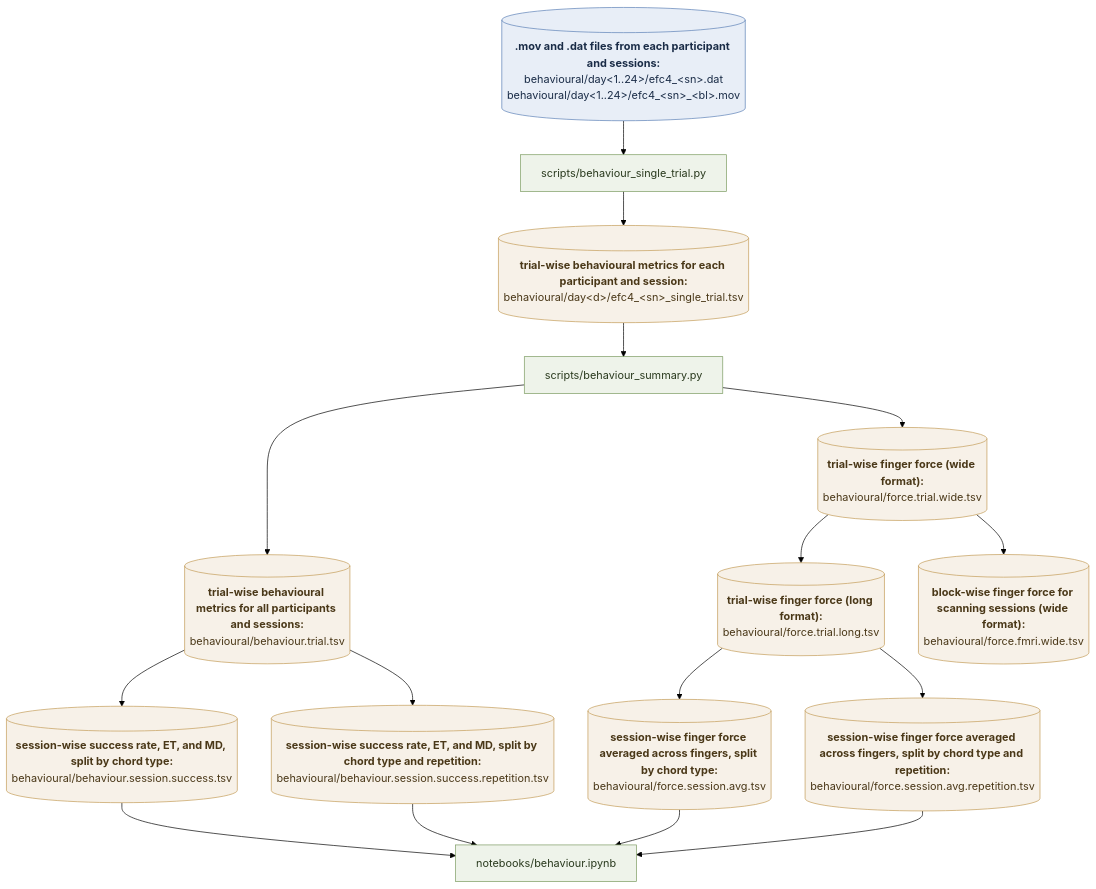
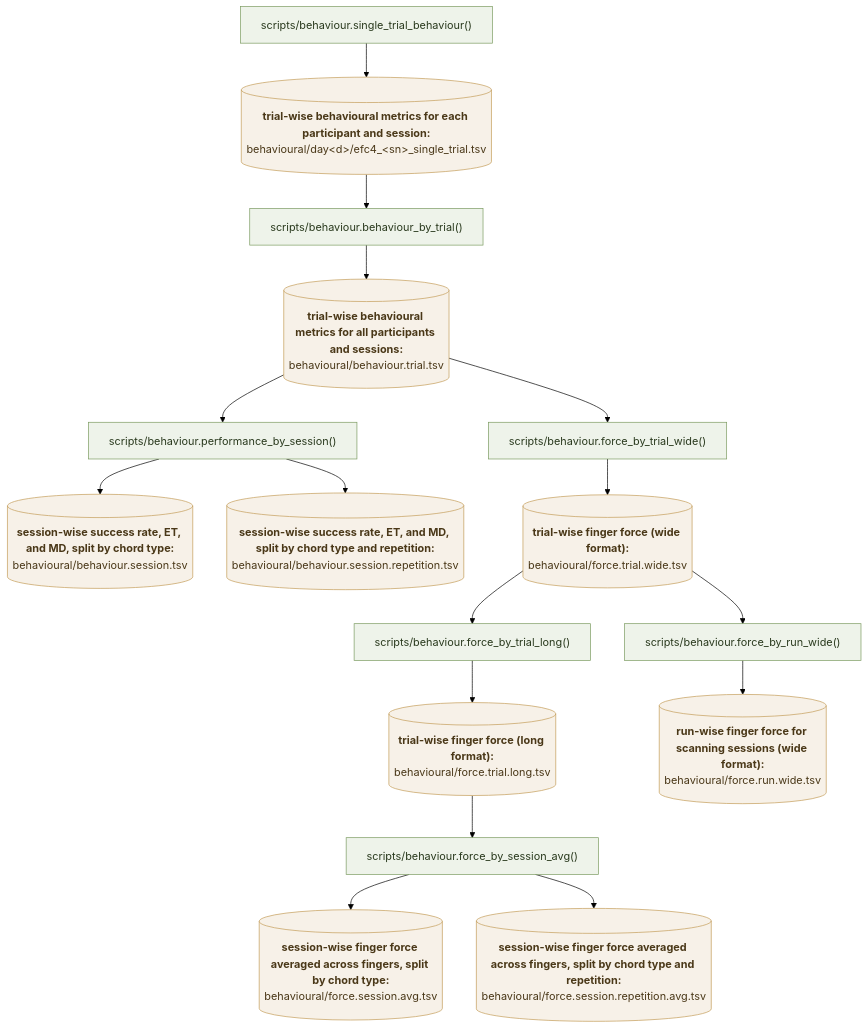
Before and after one commit to mnlmrc/extension-flexion-chords: the diagram in README.md, drawn with Mermaid (forest theme). The commit also changed other lines of this file and 6 other files, not shown here.

````diff
--- a/README.md
+++ b/README.md
@@ -18,54 +18,48 @@
 ```mermaid
 flowchart TD
-    %% ---------- raw ----------
-    RAW_BEHAV[("<b>.mov and .dat files from each participant and sessions:</b><br/>behavioural/day&lt;1..24&gt;/efc4_&lt;sn&gt;.dat<br/>behavioural/day&lt;1..24&gt;/efc4_&lt;sn&gt;_&lt;bl&gt;.mov")]:::input
-
     %% ---------- single trial ----------
-    ST["scripts/behaviour_single_trial.py"]:::code
+    ST["scripts/behaviour.single_trial_behaviour()"]:::code
     STTSV[("<b>trial-wise behavioural metrics for each participant and session:</b><br/>behavioural/day&lt;d&gt;/efc4_&lt;sn&gt;_single_trial.tsv")]:::data
 
-    RAW_BEHAV --> ST
     ST --> STTSV
 
     %% ---------- summary ----------
-    SUM["scripts/behaviour_summary.py"]:::code
-    STTSV --> SUM
+    F_TRIAL["scripts/behaviour.behaviour_by_trial()"]:::code
+    F_SESS["scripts/behaviour.performance_by_session()"]:::code
+    F_FWIDE["scripts/behaviour.force_by_trial_wide()"]:::code
+    F_FRUN["scripts/behaviour.force_by_run_wide()"]:::code
+    F_FLONG["scripts/behaviour.force_by_trial_long()"]:::code
+    F_FSESS["scripts/behaviour.force_by_session_avg()"]:::code
 
     TRIAL[("<b>trial-wise behavioural metrics for all participants and sessions:</b><br/>behavioural/behaviour.trial.tsv")]:::data
     
-    PERF[("<b>session-wise success rate, ET, and MD, split by chord type:</b><br/>behavioural/behaviour.session.success.tsv")]:::data
-    PERF_REP[("<b>session-wise success rate, ET, and MD, split by chord type and repetition:</b><br/>behavioural/behaviour.session.success.repetition.tsv")]:::data
+    PERF[("<b>session-wise success rate, ET, and MD, split by chord type:</b><br/>behavioural/behaviour.session.tsv")]:::data
+    PERF_REP[("<b>session-wise success rate, ET, and MD, split by chord type and repetition:</b><br/>behavioural/behaviour.session.repetition.tsv")]:::data
     
     FWIDE[("<b>trial-wise finger force (wide format):</b><br/>behavioural/force.trial.wide.tsv")]:::data
     FLONG[("<b>trial-wise finger force (long format):</b><br/>behavioural/force.trial.long.tsv")]:::data
     FSESS[("<b>session-wise finger force averaged across fingers, split by chord type:</b><br/>behavioural/force.session.avg.tsv")]:::data
-    FSESS_REP[("<b>session-wise finger force averaged across fingers, split by chord type and repetition:</b><br/>behavioural/force.session.avg.repetition.tsv")]:::data
-    FFMRI[("<b>block-wise finger force for scanning sessions (wide format):</b><br/>behavioural/force.fmri.wide.tsv")]:::data
+    FSESS_REP[("<b>session-wise finger force averaged across fingers, split by chord type and repetition:</b><br/>behavioural/force.session.repetition.avg.tsv")]:::data
+    FFMRI[("<b>run-wise finger force for scanning sessions (wide format):</b><br/>behavioural/force.run.wide.tsv")]:::data
 
     %% performance
-    SUM --> TRIAL
-    TRIAL --> PERF
-    TRIAL --> PERF_REP
+    STTSV --> F_TRIAL
+    F_TRIAL --> TRIAL
+    TRIAL --> F_SESS
+    F_SESS --> PERF
+    F_SESS --> PERF_REP
 
     %% force
-    SUM --> FWIDE
-    FWIDE --> FFMRI
-    FWIDE --> FLONG
-    FLONG --> FSESS
-    FLONG --> FSESS_REP
-    
-  
+    TRIAL --> F_FWIDE
+    F_FWIDE --> FWIDE
+    FWIDE --> F_FRUN
+    F_FRUN --> FFMRI
+    FWIDE --> F_FLONG
+    F_FLONG --> FLONG
+    FLONG --> F_FSESS
+    F_FSESS --> FSESS
+    F_FSESS --> FSESS_REP
 
-    %% ---------- figures / downstream ----------
-    NB_BEHAV["notebooks/behaviour.ipynb"]:::code
-
-    PERF --> NB_BEHAV
-    PERF_REP --> NB_BEHAV
-    FSESS --> NB_BEHAV
-    FSESS_REP --> NB_BEHAV
-
-    classDef input fill:#e8eef7,stroke:#5b7fb5,color:#1a2c47;
     classDef code  fill:#eef3ea,stroke:#7a9a5f,color:#2a3a1e;
     classDef data  fill:#f7f1e8,stroke:#c39b56,color:#4a3818;
-    classDef out   fill:#f3e8f0,stroke:#a86b97,color:#3f1f39;
 ```
````
